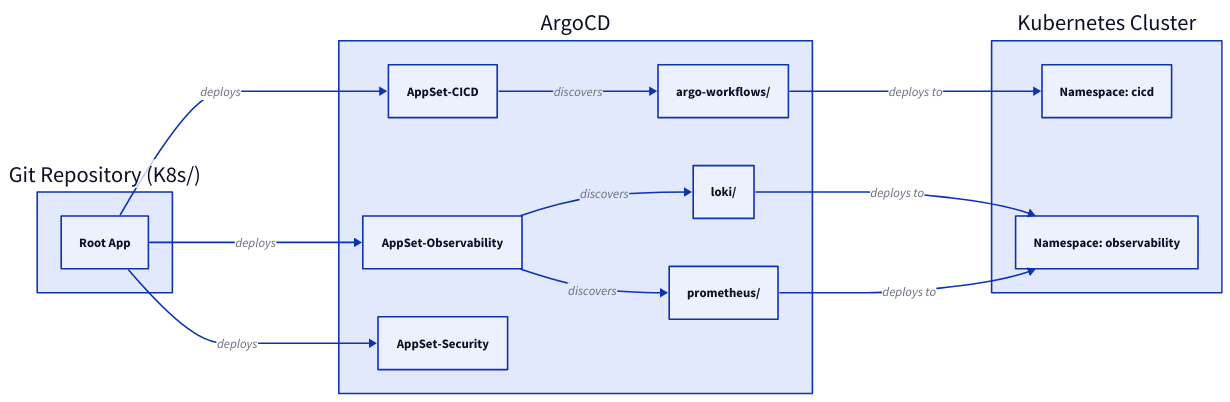
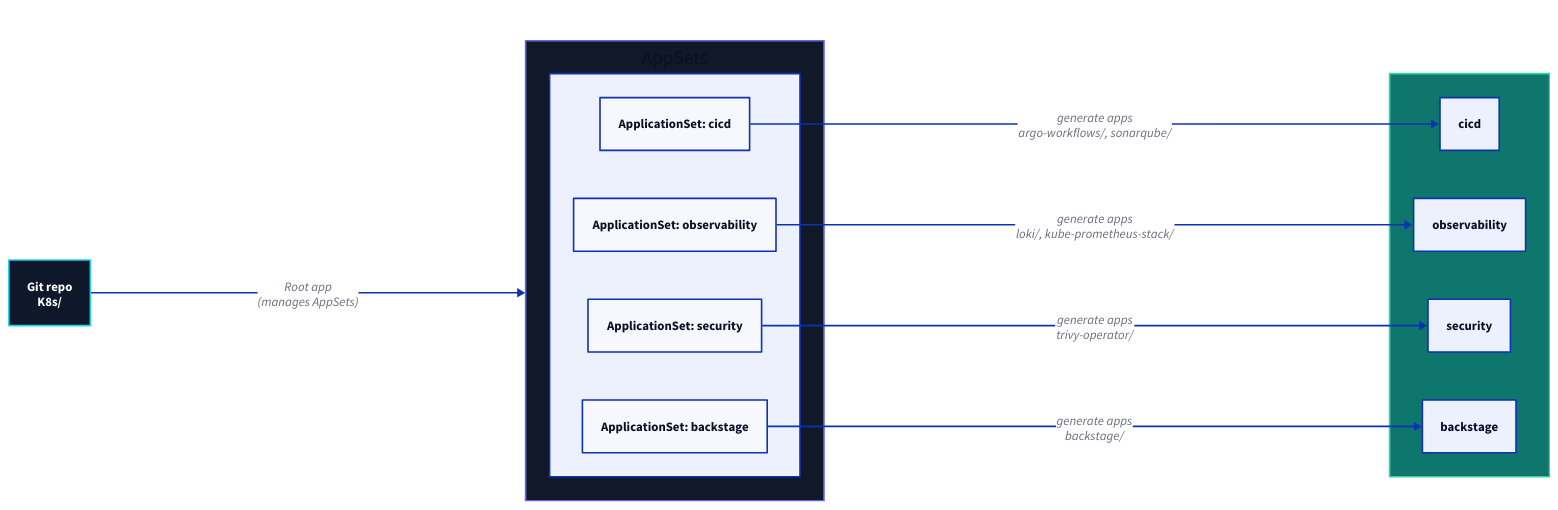
The diagram in Docs/architecture/applications.md (rou-cru/idp-blueprint), drawn with D2 before and after one commit. The commit also changed other lines of this file and 22 other files, not shown here.

````diff
--- a/Docs/architecture/applications.md
+++ b/Docs/architecture/applications.md
@@ -30,34 +27,35 @@
 ```d2
 direction: right
 
-Git: {
-  label: "Git Repository (K8s/)"
-  Root: "Root App"
-}
+classes: { git: { style.fill: "#0f172a"; style.stroke: "#22d3ee"; style.font-color: white }
+           control: { style.fill: "#111827"; style.stroke: "#6366f1"; style.font-color: white }
+           ns: { style.fill: "#0f766e"; style.stroke: "#34d399"; style.font-color: white } }
+
+Git: { class: git; label: "Git repo\nK8s/" }
 
 Argo: {
-  label: "ArgoCD"
-  AppSetCICD: "AppSet-CICD"
-  AppSetObs: "AppSet-Observability"
-  AppSetSec: "AppSet-Security"
-  DiscWF: "argo-workflows/"
-  DiscLoki: "loki/"
-  DiscProm: "prometheus/"
+  class: control
+  label: "ArgoCD (app-of-appsets)"
+  AppSets: {
+    CICD: "ApplicationSet: cicd"
+    OBS: "ApplicationSet: observability"
+    SEC: "ApplicationSet: security"
+    DP: "ApplicationSet: backstage"
+  }
 }
 
 Cluster: {
-  label: "Kubernetes Cluster"
-  NSCICD: "Namespace: cicd"
-  NSOBS: "Namespace: observability"
+  class: ns
+  label: "Namespaces"
+  CICD: "cicd"
+  OBS: "observability"
+  SEC: "security"
+  DP: "backstage"
 }
 
-Git.Root -> Argo.AppSetCICD: deploys
-Git.Root -> Argo.AppSetObs: deploys
-Git.Root -> Argo.AppSetSec: deploys
-Argo.AppSetCICD -> Argo.DiscWF: discovers
-Argo.AppSetObs -> Argo.DiscLoki: discovers
-Argo.AppSetObs -> Argo.DiscProm: discovers
-Argo.DiscWF -> Cluster.NSCICD: deploys to
-Argo.DiscLoki -> Cluster.NSOBS: deploys to
-Argo.DiscProm -> Cluster.NSOBS: deploys to
+Git -> Argo: "Root app\n(manages AppSets)"
+Argo.AppSets.CICD -> Cluster.CICD: "generate apps\nargo-workflows/, sonarqube/"
+Argo.AppSets.OBS -> Cluster.OBS: "generate apps\nloki/, kube-prometheus-stack/"
+Argo.AppSets.SEC -> Cluster.SEC: "generate apps\ntrivy-operator/"
+Argo.AppSets.DP -> Cluster.DP: "generate apps\nbackstage/"
 ```
````
